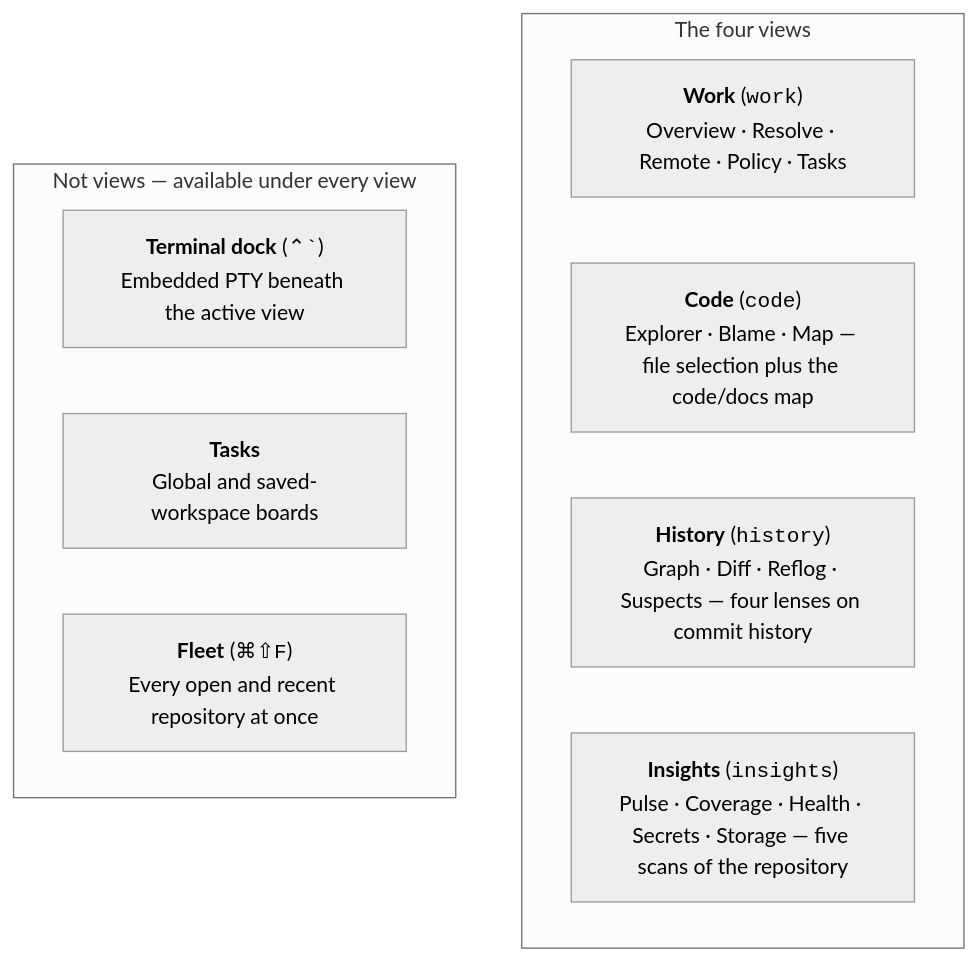
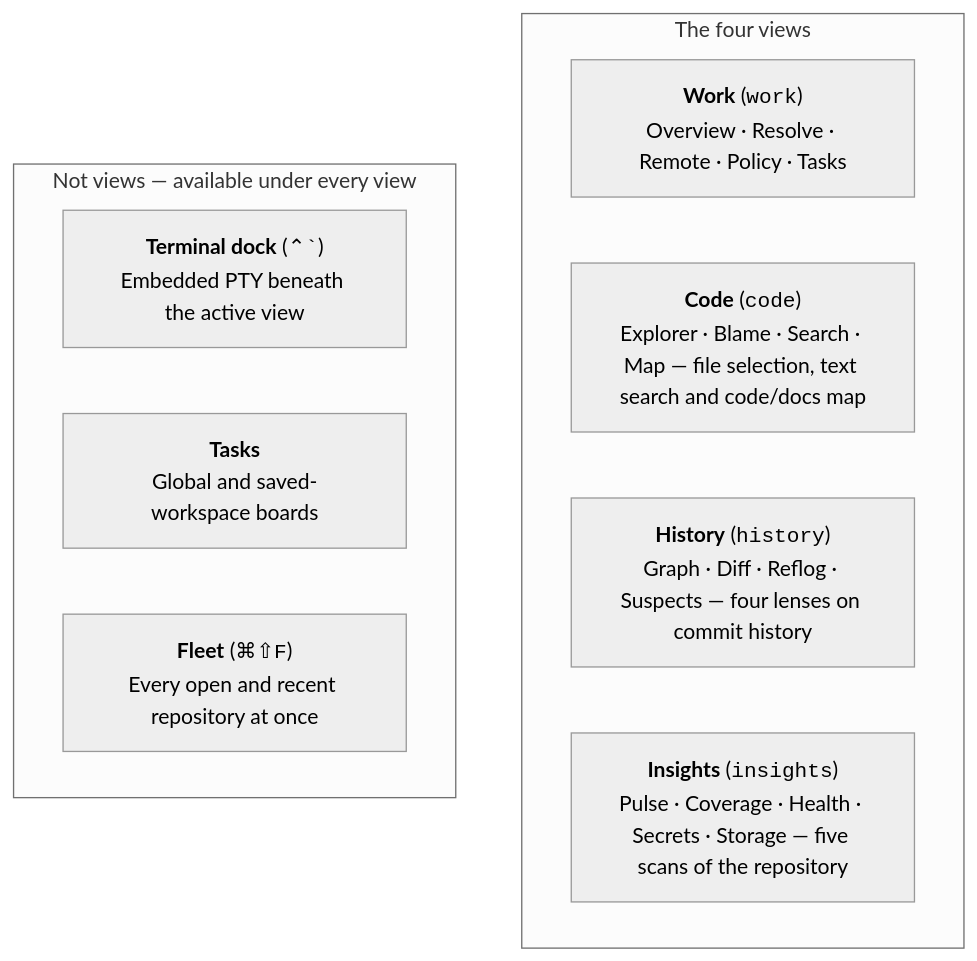
One commit to bharathvbcr/GitPulse changed the first of 4 diagrams in docs/FEATURES.md. Above: the diagram before and after it, drawn with Mermaid (neutral theme). The commit also changed other lines of this file and 14 other files, not shown here.

````diff
--- a/docs/FEATURES.md
+++ b/docs/FEATURES.md
@@ -50,15 +50,15 @@
 ```mermaid
 flowchart TD
     subgraph ViewGroup["The four views"]
         Work["<b>Work</b> (<code>work</code>)<br/>Overview · Resolve · Remote · Policy · Tasks"]
-        Code["<b>Code</b> (<code>code</code>)<br/>Explorer · Blame · Map — file selection plus the code/docs map"]
+        Code["<b>Code</b> (<code>code</code>)<br/>Explorer · Blame · Search · Map — file selection, text search and code/docs map"]
         History["<b>History</b> (<code>history</code>)<br/>Graph · Diff · Reflog · Suspects — four lenses on commit history"]
         Insights["<b>Insights</b> (<code>insights</code>)<br/>Pulse · Coverage · Health · Secrets · Storage — five scans of the repository"]
     end
 
     subgraph NotViews["Not views — available under every view"]
         Terminal["<b>Terminal dock</b> (<code>⌃`</code>)<br/>Embedded PTY beneath the active view"]
         Tasks["<b>Tasks</b><br/>Global and saved-workspace boards"]
         Fleet["<b>Fleet</b> (<code>⌘⇧F</code>)<br/>Every open and recent repository at once"]
     end
 ```
````
